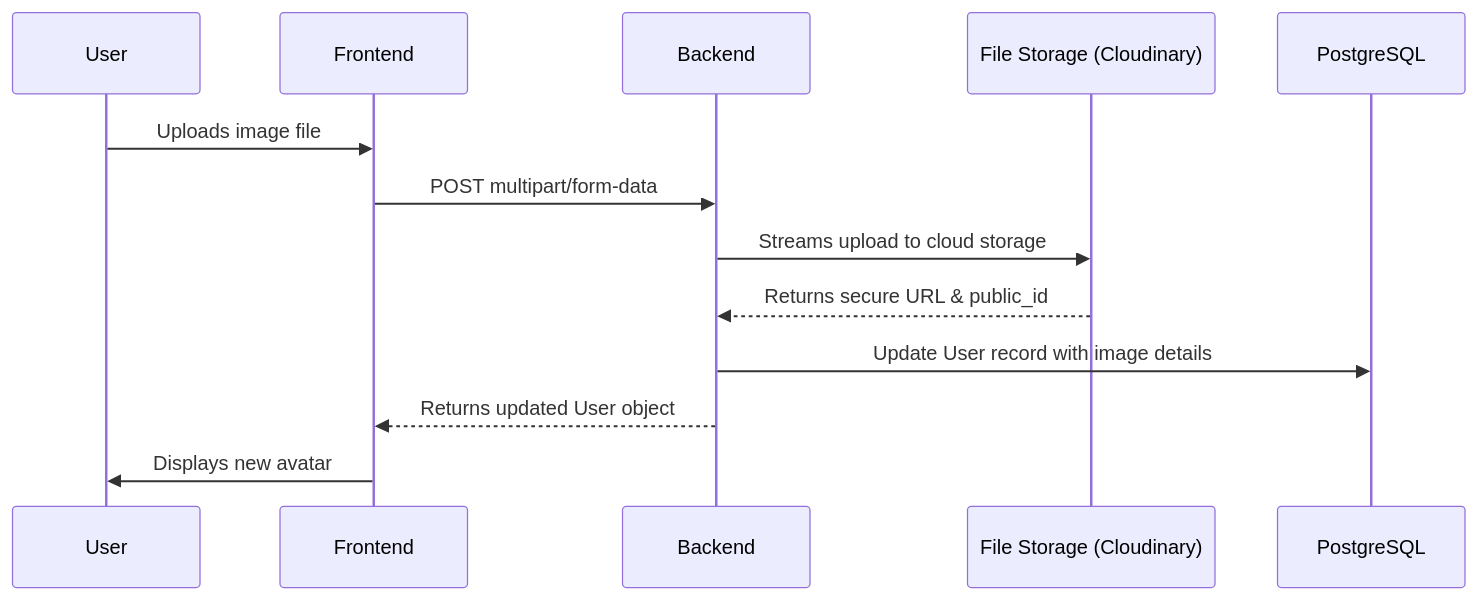
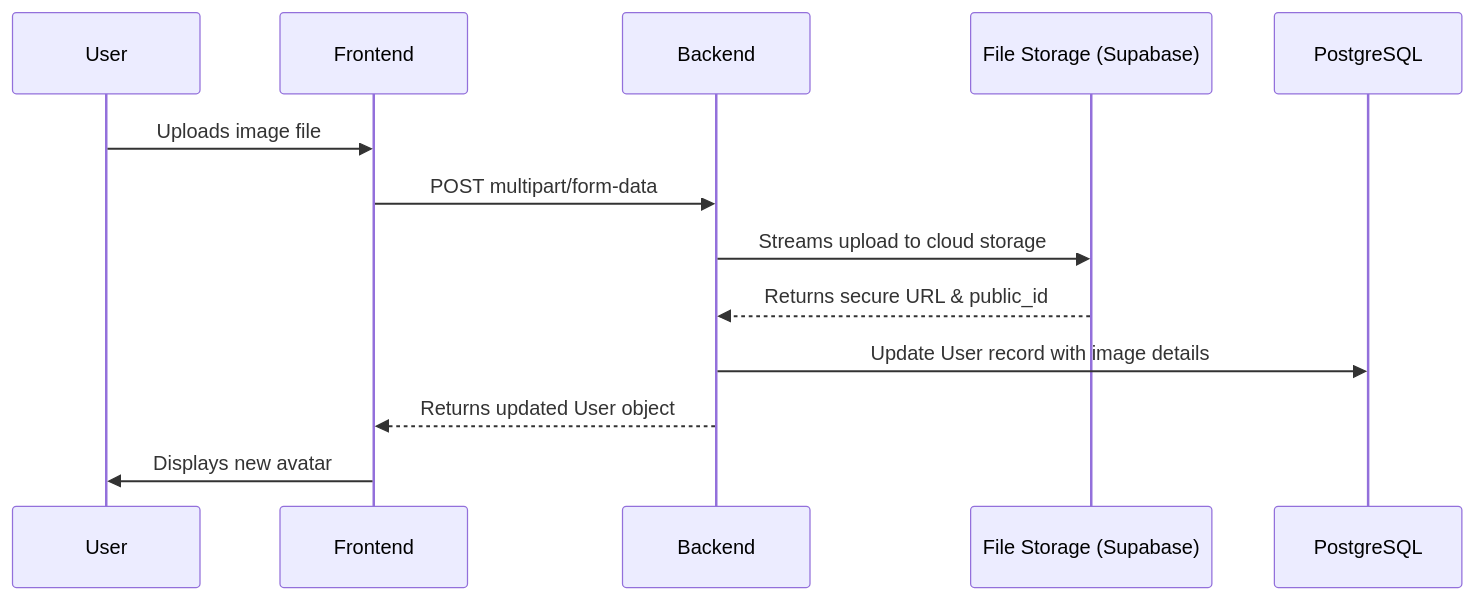
The fourth of 8 diagrams in ARCHITECTURE.md (Tamilselvan2/Fintriq), drawn with Mermaid before and after one commit. The commit also changed other lines of this file and 6 other files, not shown here.

````diff
--- a/ARCHITECTURE.md
+++ b/ARCHITECTURE.md
@@ -99,16 +99,16 @@
 ```mermaid
 sequenceDiagram
     participant U as User
     participant F as Frontend
     participant B as Backend
-    participant C as File Storage (Cloudinary)
+    participant C as File Storage (Supabase)
     participant DB as PostgreSQL
     
     U->>F: Uploads image file
     F->>B: POST multipart/form-data
     B->>C: Streams upload to cloud storage
     C-->>B: Returns secure URL & public_id
     B->>DB: Update User record with image details
     B-->>F: Returns updated User object
     F->>U: Displays new avatar
 ```
````
